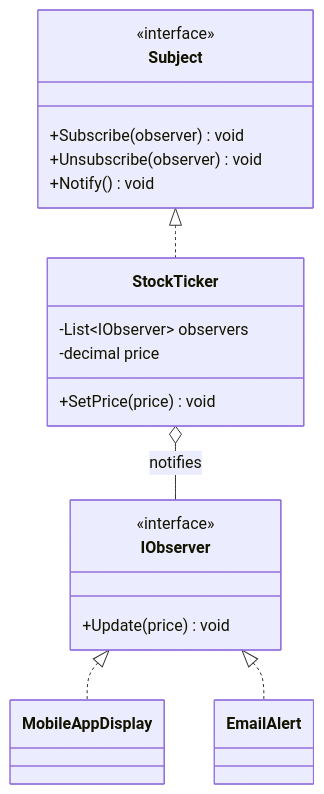
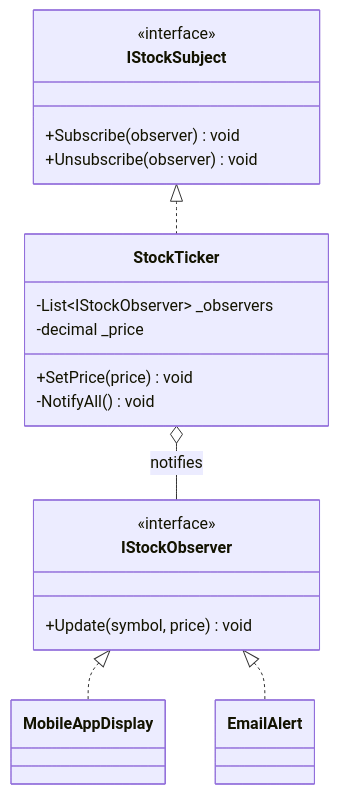
One commit to tushardongre1990/LLD-Claude changed the diagram in 00-Foundations/04-Design-Patterns/Behavioral/Observer/notes.md. Above: the diagram before and after it, drawn with Mermaid. The commit also changed other lines of this file and 52 other files, not shown here.

First line of the commit message:
docs(03-SOLID, 04-Patterns): make notes self-contained; fix diagram/code drift

````diff
--- a/00-Foundations/04-Design-Patterns/Behavioral/Observer/notes.md
+++ b/00-Foundations/04-Design-Patterns/Behavioral/Observer/notes.md
@@ -15,25 +15,25 @@
 ```mermaid
 classDiagram
-    class Subject {
+    class IStockSubject {
         <<interface>>
         +Subscribe(observer) void
         +Unsubscribe(observer) void
-        +Notify() void
     }
     class StockTicker {
-        -List~IObserver~ observers
-        -decimal price
+        -List~IStockObserver~ _observers
+        -decimal _price
         +SetPrice(price) void
+        -NotifyAll() void
     }
-    class IObserver {
+    class IStockObserver {
         <<interface>>
-        +Update(price) void
+        +Update(symbol, price) void
     }
     class MobileAppDisplay
     class EmailAlert
 
-    Subject <|.. StockTicker
-    IObserver <|.. MobileAppDisplay
-    IObserver <|.. EmailAlert
-    StockTicker o-- IObserver : notifies
+    IStockSubject <|.. StockTicker
+    IStockObserver <|.. MobileAppDisplay
+    IStockObserver <|.. EmailAlert
+    StockTicker o-- IStockObserver : notifies
 ```
````
